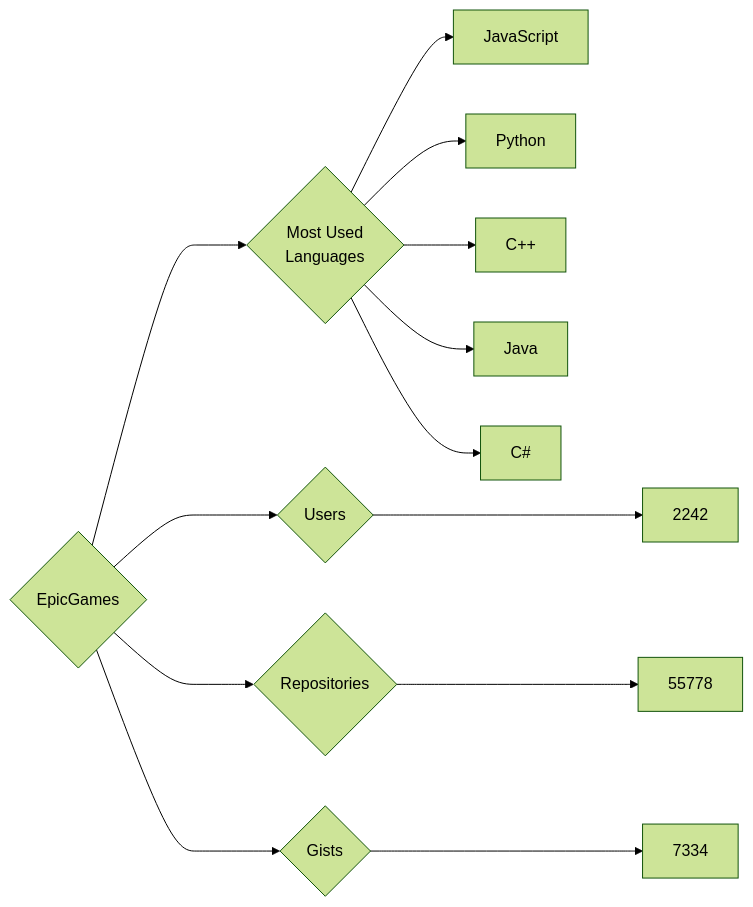
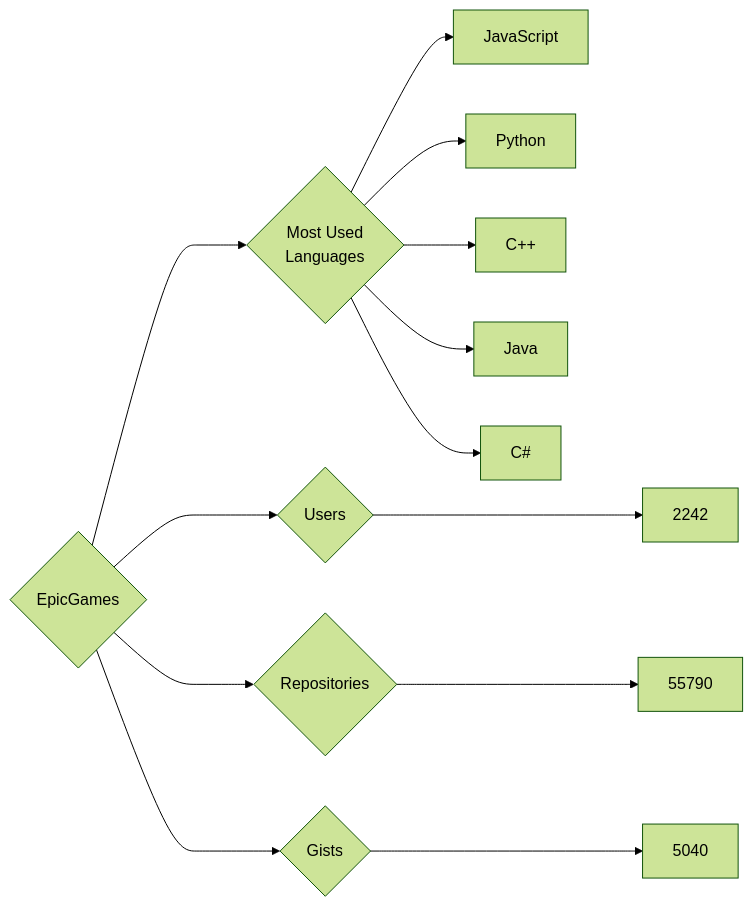
The diagram in targets/EpicGames/README.md (trickest/insiders), drawn with Mermaid (forest theme) before and after one commit. The commit also changed 965 other files, not shown here.

````diff
--- a/targets/EpicGames/README.md
+++ b/targets/EpicGames/README.md
@@ -3,13 +3,13 @@
 ```mermaid
 graph LR
 COMPANY_NAME{EpicGames}
 COMPANY_NAME ---> U{Users} ---> UN[2242]
-COMPANY_NAME ---> R{Repositories} ---> RN[55778]
-COMPANY_NAME ---> G{Gists} ---> GN[7334]
+COMPANY_NAME ---> R{Repositories} ---> RN[55790]
+COMPANY_NAME ---> G{Gists} ---> GN[5040]
 COMPANY_NAME ---> ML{Most Used<br>Languages}
 ML --> JavaScript[JavaScript]
 ML --> Python[Python]
 ML --> C++[C++]
 ML --> Java[Java]
 ML --> C#[C#]
 ```
````
